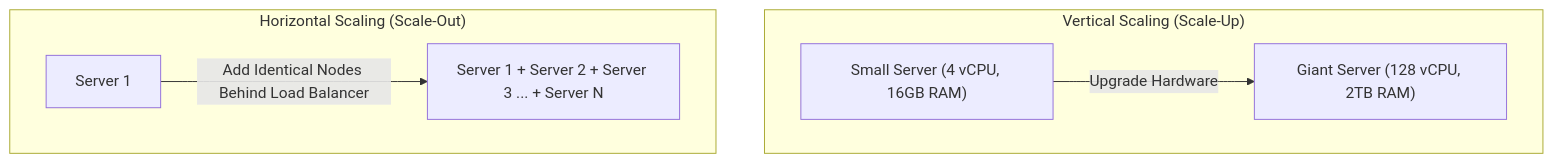
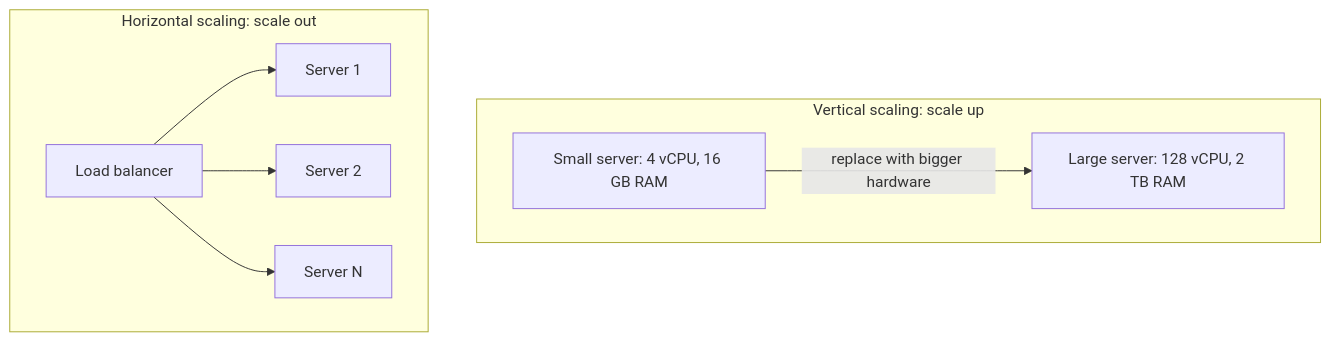
The fifth of 42 diagrams in README.md (TheLearningHubOrg/learn-system-design), drawn with Mermaid before and after one commit. The commit also changed other lines of this file and 37 other files, not shown here.

````diff
--- a/README.md
+++ b/README.md
@@ -98,9 +556,11 @@
 ```mermaid
 flowchart TD
-    subgraph Vertical["Vertical Scaling (Scale-Up)"]
-        VOld["Small Server (4 vCPU, 16GB RAM)"] -->|Upgrade Hardware| VNew["Giant Server (128 vCPU, 2TB RAM)"]
+    subgraph Vertical["Vertical scaling: scale up"]
+        VOld["Small server: 4 vCPU, 16 GB RAM"] -->|"replace with bigger hardware"| VNew["Large server: 128 vCPU, 2 TB RAM"]
     end
-    subgraph Horizontal["Horizontal Scaling (Scale-Out)"]
-        HOld["Server 1"] -->|Add Identical Nodes Behind Load Balancer| HNew["Server 1 + Server 2 + Server 3 ... + Server N"]
+    subgraph Horizontal["Horizontal scaling: scale out"]
+        LB["Load balancer"] --> H1["Server 1"]
+        LB --> H2["Server 2"]
+        LB --> H3["Server N"]
     end
 ```
````
